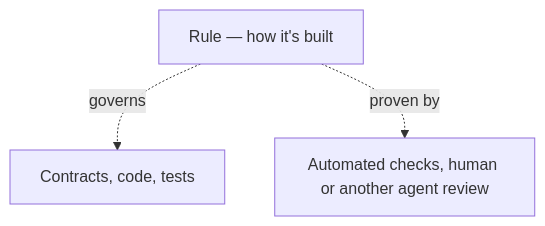
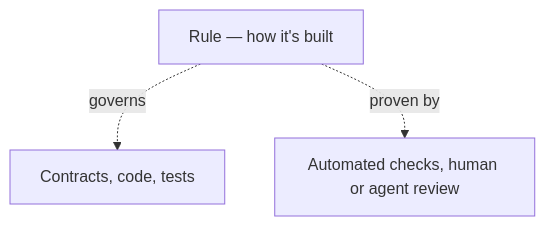
One commit to foreachpartners/main-spex changed the second of 2 diagrams in README.md. Above: the diagram before and after it, drawn with Mermaid.

Commit message:
docs: remove "another" from agent review label

````diff
--- a/README.md
+++ b/README.md
@@ -135,5 +135,5 @@
 ```mermaid
 flowchart TD
     Eng["Rule — how it's built"] -.governs.-> Flow["Contracts, code, tests"]
-    Eng -.proven by.-> Checks["Automated checks, human or another agent review"]
+    Eng -.proven by.-> Checks["Automated checks, human or agent review"]
 ```
````
